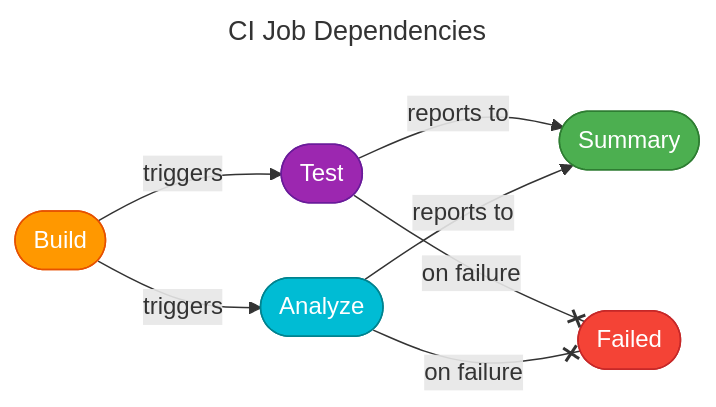
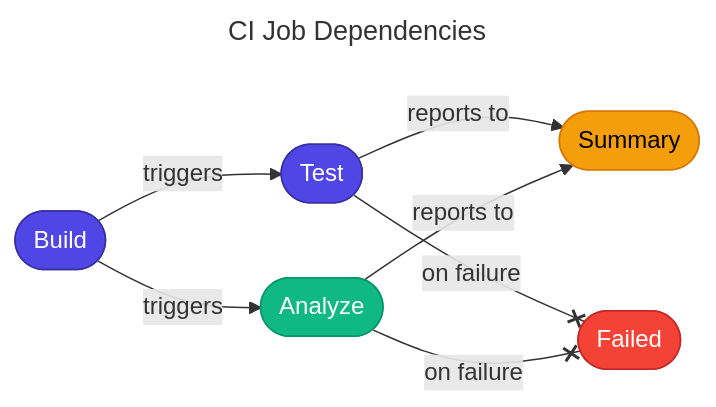
One commit to Evilazaro/Azure-LogicApps-Monitoring changed the second of 2 diagrams in docs/devops/ci-dotnet-reusable.md. Above: the diagram before and after it, drawn with Mermaid. The commit also changed other lines of this file and 3 other files, not shown here.

Commit message:
docs: Update diagram styling definitions for improved clarity and consistency across DevOps documentation

````diff
--- a/docs/devops/ci-dotnet-reusable.md
+++ b/docs/devops/ci-dotnet-reusable.md
@@ -519,27 +515,29 @@
 ```mermaid
 ---
 title: CI Job Dependencies
 ---
 flowchart LR
     %% ===== JOB DEPENDENCY GRAPH =====
     build(["Build"]) -->|triggers| test(["Test"])
     build -->|triggers| analyze(["Analyze"])
     test -->|reports to| summary(["Summary"])
     analyze -->|reports to| summary
     test --x|on failure| failure(["Failed"])
     analyze --x|on failure| failure
 
     %% ===== STYLING DEFINITIONS =====
-    classDef build fill:#FF9800,stroke:#E65100,color:#FFFFFF
-    classDef test fill:#9C27B0,stroke:#6A1B9A,color:#FFFFFF
-    classDef analyze fill:#00BCD4,stroke:#00838F,color:#FFFFFF
-    classDef summary fill:#4CAF50,stroke:#2E7D32,color:#FFFFFF
+    %% Primary components: Indigo - main processes
+    classDef primary fill:#4F46E5,stroke:#3730A3,color:#FFFFFF
+    %% Secondary components: Emerald - secondary elements
+    classDef secondary fill:#10B981,stroke:#059669,color:#FFFFFF
+    %% Error/failure states: Red - error handling
     classDef failed fill:#F44336,stroke:#C62828,color:#FFFFFF
+    %% Data stores: Amber - reporting
+    classDef datastore fill:#F59E0B,stroke:#D97706,color:#000000
 
     %% Apply styles to nodes
-    class build build
-    class test test
-    class analyze analyze
-    class summary summary
+    class build,test primary
+    class analyze secondary
+    class summary datastore
     class failure failed
 ```
````
